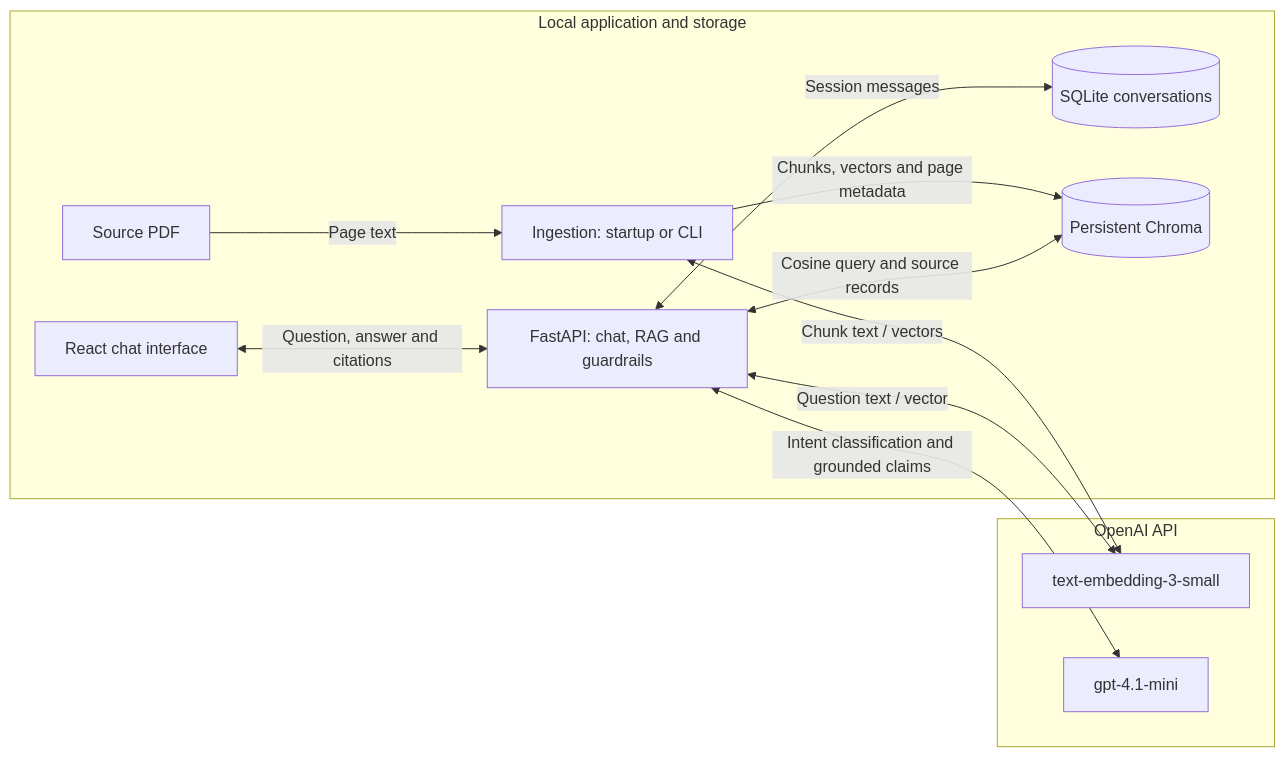
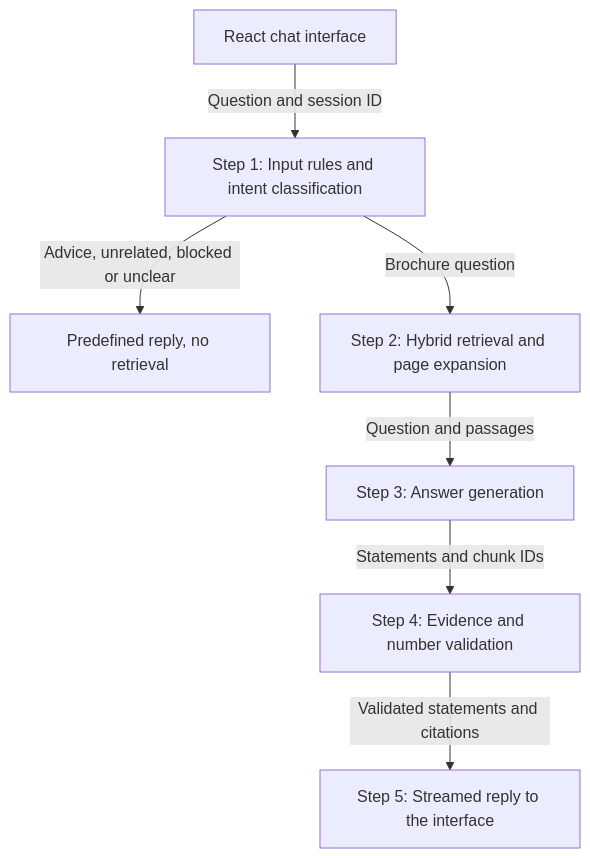
Before and after one commit to zihanzhao94/insure-tutor: the second of 2 diagrams in docs/design-decisions.md, drawn with Mermaid. The commit also changed other lines of this file, not shown here.

Commit message:
docs: split architecture diagram into ingestion and question flows
Replace the single diagram of crossing two-way arrows with a linear
ingestion flow, a five-step question flow, and a table of the storage
and model calls used at each step.

````diff
--- a/docs/design-decisions.md
+++ b/docs/design-decisions.md
@@ -22,23 +37,9 @@
 ```mermaid
-flowchart LR
-    subgraph Local[Local application and storage]
-        UI[React chat interface]
-        API[FastAPI: chat, RAG and guardrails]
-        History[(SQLite conversations)]
-        PDF[Source PDF]
-        Ingest[Ingestion: startup or CLI]
-        Store[(Persistent Chroma)]
-        UI <-->|Question, answer and citations| API
-        API <-->|Session messages| History
-        PDF -->|Page text| Ingest
-        Ingest -->|Chunks, vectors and page metadata| Store
-        API <-->|Cosine query and source records| Store
-    end
-    subgraph External[OpenAI API]
-        Embedding[text-embedding-3-small]
-        Chat[gpt-4.1-mini]
-    end
-    Ingest <-->|Chunk text / vectors| Embedding
-    API <-->|Question text / vector| Embedding
-    API <-->|Intent classification and grounded claims| Chat
+flowchart TD
+    UI[React chat interface] -->|Question and session ID| Guard[Step 1: Input rules and intent classification]
+    Guard -->|Advice, unrelated, blocked or unclear| Fixed[Predefined reply, no retrieval]
+    Guard -->|Brochure question| Retrieve[Step 2: Hybrid retrieval and page expansion]
+    Retrieve -->|Question and passages| Generate[Step 3: Answer generation]
+    Generate -->|Statements and chunk IDs| Validate[Step 4: Evidence and number validation]
+    Validate -->|Validated statements and citations| Reply[Step 5: Streamed reply to the interface]
 ```
````
